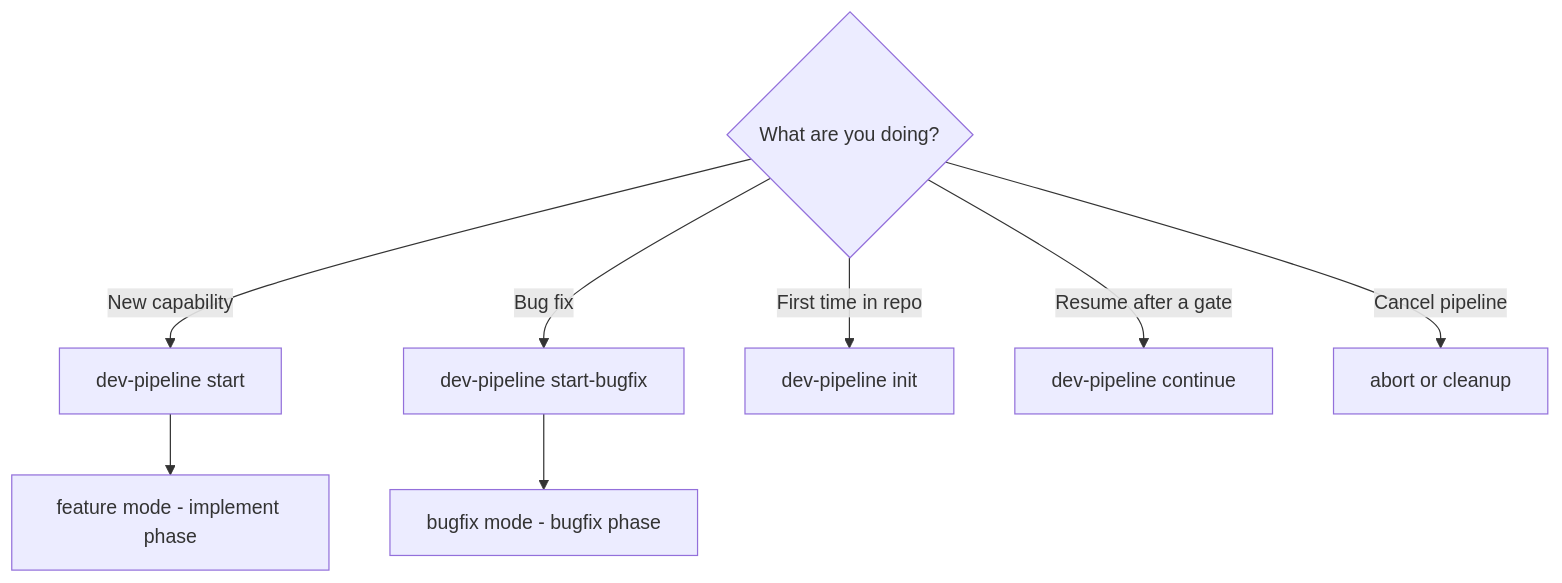
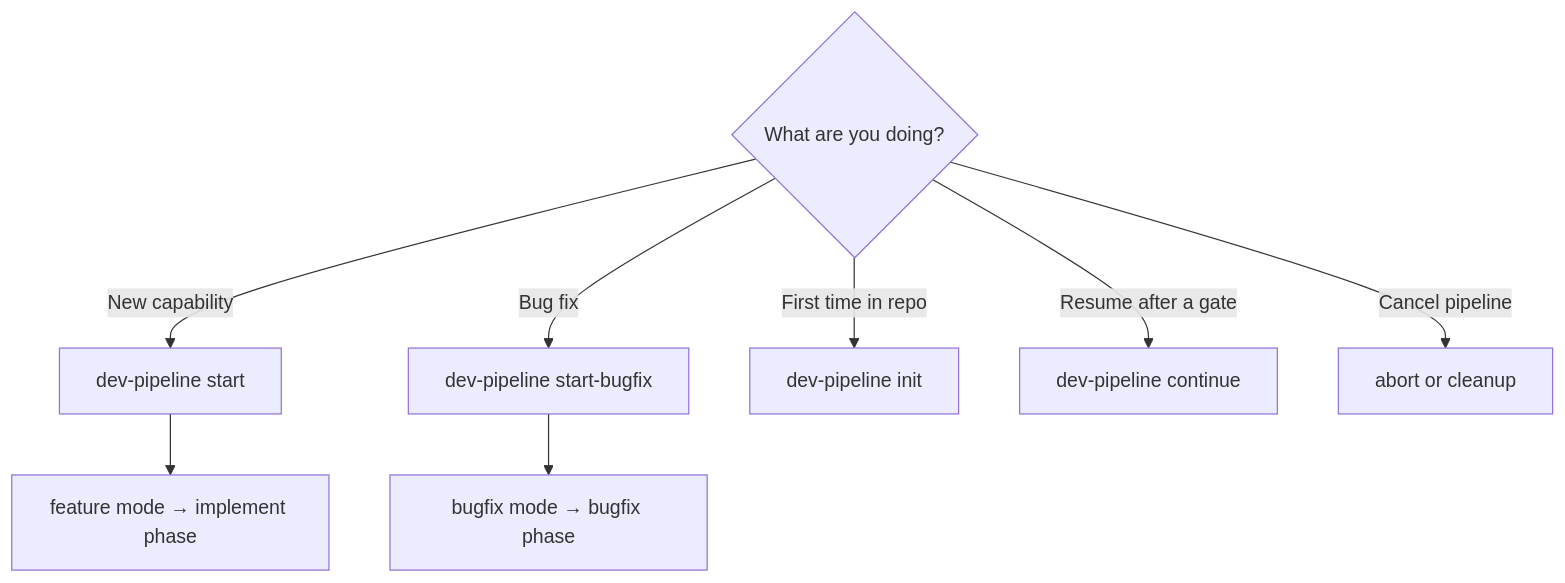
Before and after one commit to D-Andreev/ai-workflow: the first of 3 diagrams in README.md, drawn with Mermaid. The commit also changed other lines of this file and 18 other files, not shown here.

````diff
--- a/README.md
+++ b/README.md
@@ -58,12 +76,12 @@
 ```mermaid
 flowchart TD
     q{What are you doing?}
     q -->|New capability| feature[dev-pipeline start]
     q -->|Bug fix| bugfix[dev-pipeline start-bugfix]
     q -->|First time in repo| init[dev-pipeline init]
     q -->|Resume after a gate| cont[dev-pipeline continue]
     q -->|Cancel pipeline| clean[abort or cleanup]
 
-    feature --> mode_feature[feature mode - implement phase]
-    bugfix --> mode_bug[bugfix mode - bugfix phase]
+    feature --> mode_feature[feature mode → implement phase]
+    bugfix --> mode_bug[bugfix mode → bugfix phase]
 ```
````
